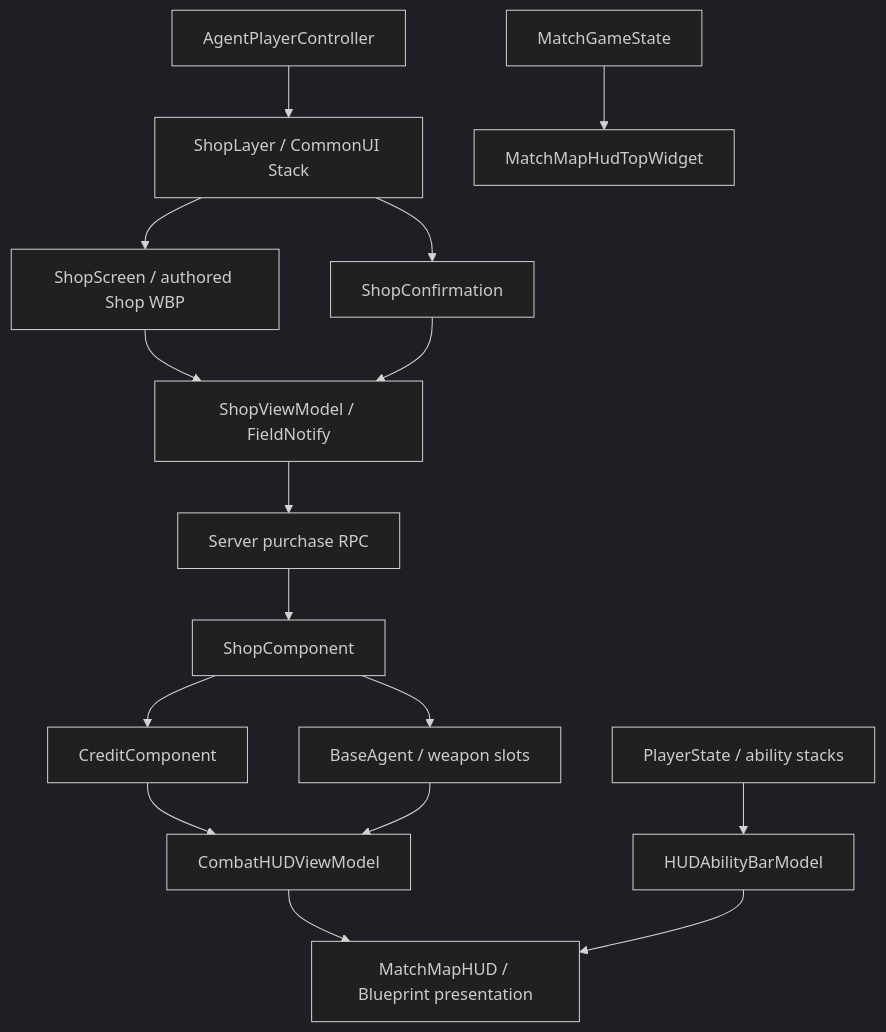
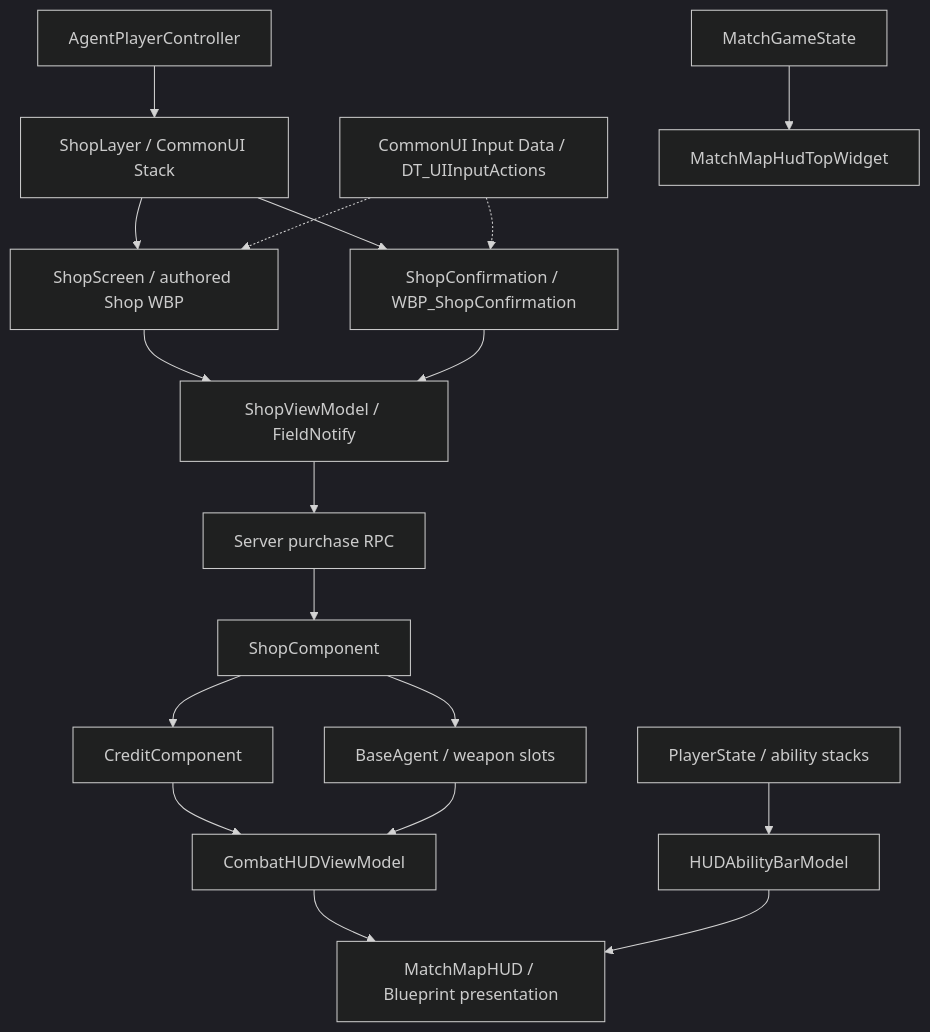
One commit to chungheonLee0325/VALORANT changed the diagram in Doc/UIRefactoring/Architecture.md. Above: the diagram before and after it, drawn with Mermaid (dark theme). The commit also changed other lines of this file and 8 other files, not shown here.

```diff
--- a/Doc/UIRefactoring/Architecture.md
+++ b/Doc/UIRefactoring/Architecture.md
@@ -9,18 +9,20 @@
 ~~~mermaid
 flowchart TD
     PC[AgentPlayerController] --> Layer[ShopLayer / CommonUI Stack]
     Layer --> Screen[ShopScreen / authored Shop WBP]
-    Layer --> Modal[ShopConfirmation]
+    Layer --> Modal[ShopConfirmation / WBP_ShopConfirmation]
+    Input[CommonUI Input Data / DT_UIInputActions] -.-> Screen
+    Input -.-> Modal
     Screen --> ShopVM[ShopViewModel / FieldNotify]
     Modal --> ShopVM
     ShopVM --> RPC[Server purchase RPC]
     RPC --> Shop[ShopComponent]
     Shop --> Credit[CreditComponent]
     Shop --> Agent[BaseAgent / weapon slots]
     Credit --> Combat[CombatHUDViewModel]
     Agent --> Combat
     PS[PlayerState / ability stacks] --> Abilities[HUDAbilityBarModel]
     Combat --> HUD[MatchMapHUD / Blueprint presentation]
     Abilities --> HUD
     GS[MatchGameState] --> Top[MatchMapHudTopWidget]
 ~~~
```
